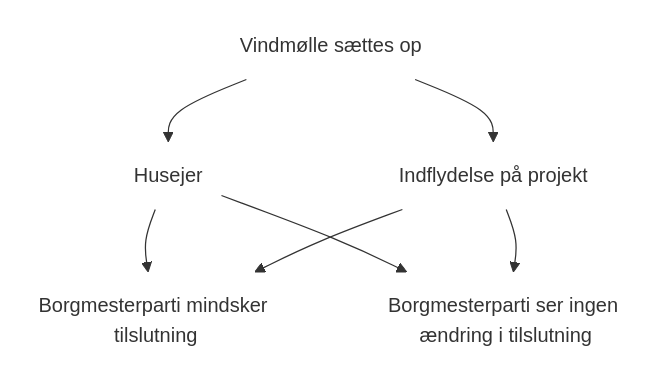
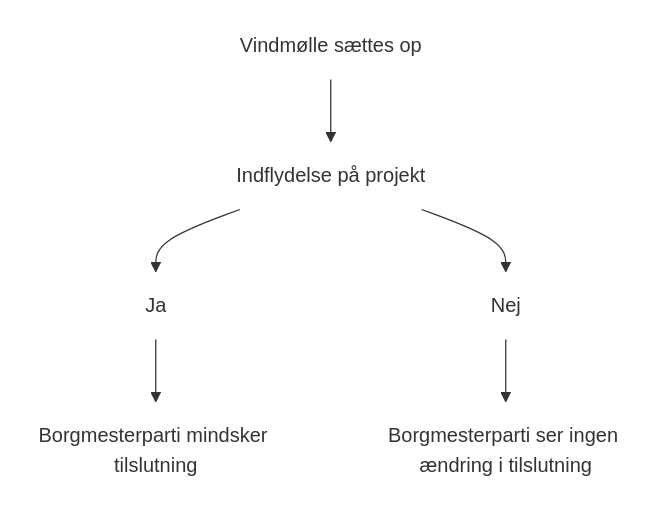
Before and after one commit to aleksanderbl29/bachelor: the second of 2 diagrams in synopsis/synopsis.qmd, drawn with Mermaid. The commit also changed 1 other file, not shown here.

Commit message:
Add illustration of the expected behavior of wind turbines near a voter's residence

````diff
--- a/synopsis/synopsis.qmd
+++ b/synopsis/synopsis.qmd
@@ -74,33 +76,23 @@
 ```{mermaid}
 %%| label: fig-kausalmodel-fuld
 %%| fig-cap: "Forventet fuld sammenhæng"
 
 flowchart TD
   X(Vindmølle sættes op)
   Y(Borgmesterparti mindsker tilslutning)
   Y2(Borgmesterparti ser ingen ændring i tilslutning)
 
-  Z1(Husejer)
-  Z2(Indflydelse på projekt)
+  Z(Indflydelse på projekt)
 
-  %% X --> Z1 & Z2
-  %% Z1 -->|Ja| Y
-  %% Z1 -->|Nej| Y2
-
-  %% Z2 -->|Ja| Y2
-  %% Z2 -->|Nej| Y
-
-  X --> Z1 & Z2
-  Z1 --> Y
-  Z1 --> Y2
-
-  Z2 --> Y2
-  Z2 --> Y
+  X --> Z
+  Z --> Ja --> Y
+  Z --> Nej --> Y2
 
   style X fill-opacity:0, stroke-opacity:0
   style Y fill-opacity:0, stroke-opacity:0
   style Y2 fill-opacity:0, stroke-opacity:0
-  style Z1 fill-opacity:0, stroke-opacity:0
-  style Z2 fill-opacity:0, stroke-opacity:0
+  style Z fill-opacity:0, stroke-opacity:0
+  style Ja fill-opacity:0, stroke-opacity:0
+  style Nej fill-opacity:0, stroke-opacity:0
 
 ```
````
